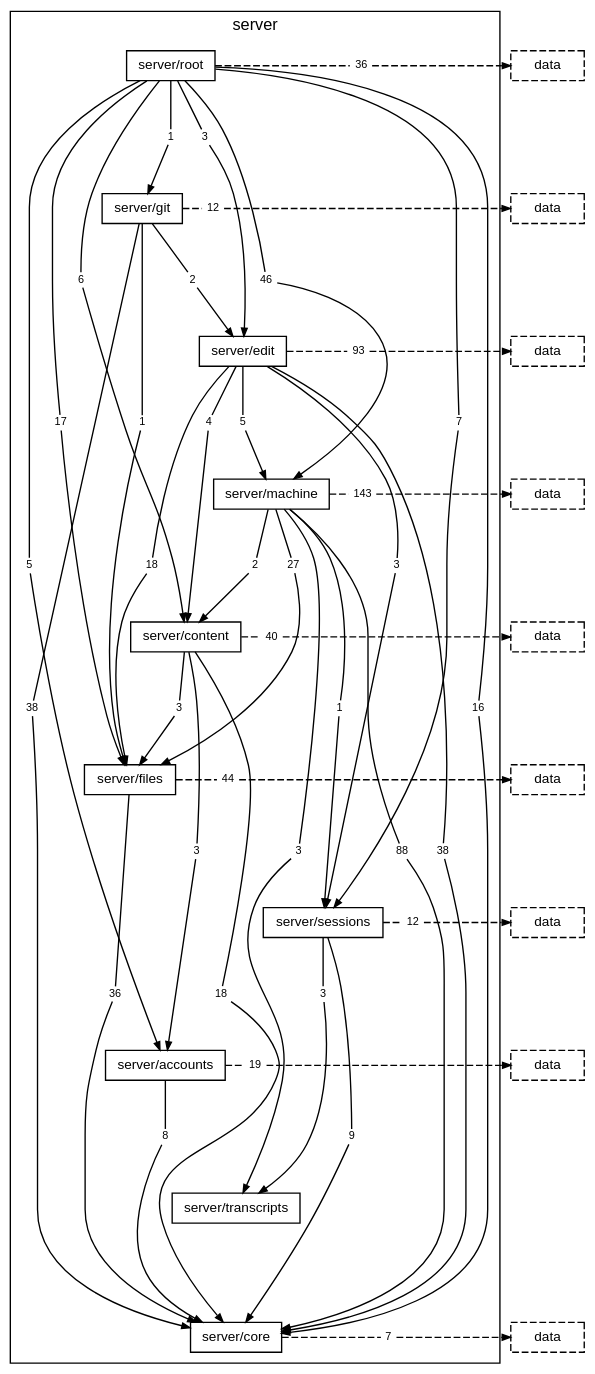
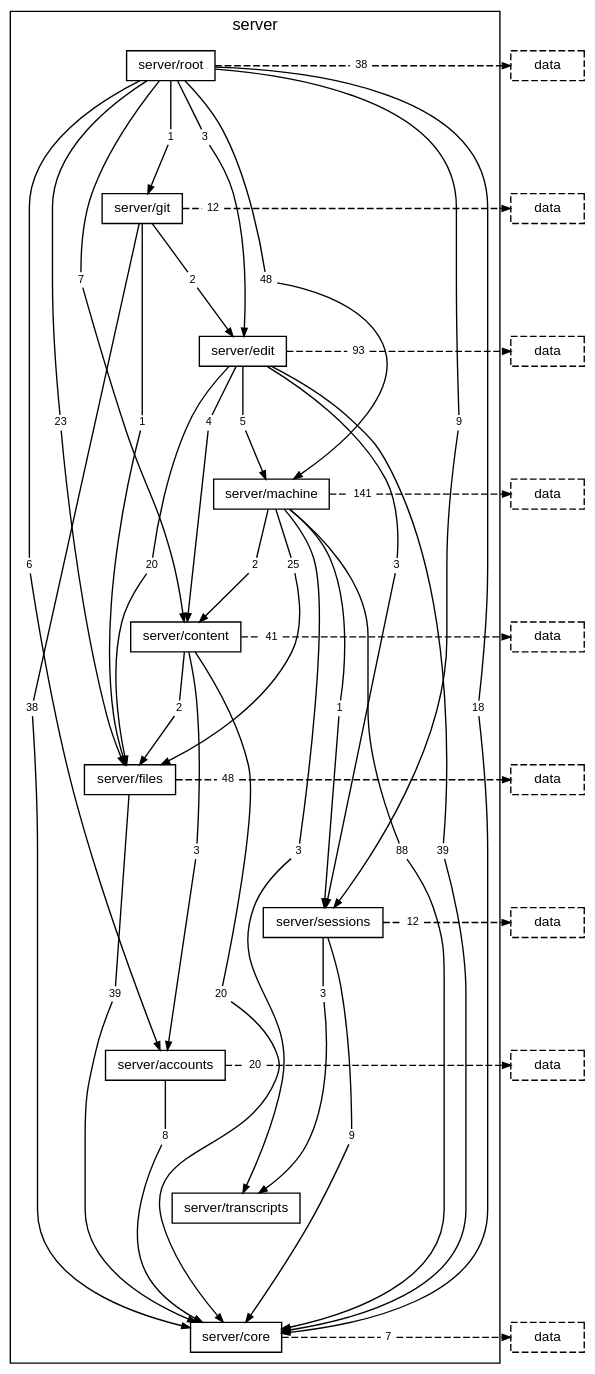
One commit to TheAxeC/oculus changed the diagram in docs/diagrams/layer-server.dot. Above: the diagram before and after it, drawn with Graphviz. The commit also changed 464 other files, not shown here.

```diff
--- a/docs/diagrams/layer-server.dot
+++ b/docs/diagrams/layer-server.dot
@@ -14,42 +14,42 @@
         "folder server/accounts" [label="server/accounts"];
         "folder server/transcripts" [label="server/transcripts"];
         "folder server/core" [label="server/core"];
-        "folder server/root to folder server/accounts" [label="5", shape=box, color="transparent", fontsize=8, width=0, height=0, margin="0.04,0.02"];
-        "folder server/root to folder server/content" [label="6", shape=box, color="transparent", fontsize=8, width=0, height=0, margin="0.04,0.02"];
-        "folder server/root to folder server/core" [label="16", shape=box, color="transparent", fontsize=8, width=0, height=0, margin="0.04,0.02"];
+        "folder server/root to folder server/accounts" [label="6", shape=box, color="transparent", fontsize=8, width=0, height=0, margin="0.04,0.02"];
+        "folder server/root to folder server/content" [label="7", shape=box, color="transparent", fontsize=8, width=0, height=0, margin="0.04,0.02"];
+        "folder server/root to folder server/core" [label="18", shape=box, color="transparent", fontsize=8, width=0, height=0, margin="0.04,0.02"];
         "folder server/root to folder server/edit" [label="3", shape=box, color="transparent", fontsize=8, width=0, height=0, margin="0.04,0.02"];
-        "folder server/root to folder server/files" [label="17", shape=box, color="transparent", fontsize=8, width=0, height=0, margin="0.04,0.02"];
+        "folder server/root to folder server/files" [label="23", shape=box, color="transparent", fontsize=8, width=0, height=0, margin="0.04,0.02"];
         "folder server/root to folder server/git" [label="1", shape=box, color="transparent", fontsize=8, width=0, height=0, margin="0.04,0.02"];
-        "folder server/root to folder server/machine" [label="46", shape=box, color="transparent", fontsize=8, width=0, height=0, margin="0.04,0.02"];
-        "folder server/root to folder server/sessions" [label="7", shape=box, color="transparent", fontsize=8, width=0, height=0, margin="0.04,0.02"];
-        "folder server/root to layer data" [label="36", shape=box, color="transparent", fontsize=8, width=0, height=0, margin="0.04,0.02"];
+        "folder server/root to folder server/machine" [label="48", shape=box, color="transparent", fontsize=8, width=0, height=0, margin="0.04,0.02"];
+        "folder server/root to folder server/sessions" [label="9", shape=box, color="transparent", fontsize=8, width=0, height=0, margin="0.04,0.02"];
+        "folder server/root to layer data" [label="38", shape=box, color="transparent", fontsize=8, width=0, height=0, margin="0.04,0.02"];
         "folder server/git to folder server/core" [label="38", shape=box, color="transparent", fontsize=8, width=0, height=0, margin="0.04,0.02"];
         "folder server/git to folder server/edit" [label="2", shape=box, color="transparent", fontsize=8, width=0, height=0, margin="0.04,0.02"];
         "folder server/git to folder server/files" [label="1", shape=box, color="transparent", fontsize=8, width=0, height=0, margin="0.04,0.02"];
         "folder server/git to layer data" [label="12", shape=box, color="transparent", fontsize=8, width=0, height=0, margin="0.04,0.02"];
         "folder server/edit to folder server/content" [label="4", shape=box, color="transparent", fontsize=8, width=0, height=0, margin="0.04,0.02"];
-        "folder server/edit to folder server/core" [label="38", shape=box, color="transparent", fontsize=8, width=0, height=0, margin="0.04,0.02"];
-        "folder server/edit to folder server/files" [label="18", shape=box, color="transparent", fontsize=8, width=0, height=0, margin="0.04,0.02"];
+        "folder server/edit to folder server/core" [label="39", shape=box, color="transparent", fontsize=8, width=0, height=0, margin="0.04,0.02"];
+        "folder server/edit to folder server/files" [label="20", shape=box, color="transparent", fontsize=8, width=0, height=0, margin="0.04,0.02"];
         "folder server/edit to folder server/machine" [label="5", shape=box, color="transparent", fontsize=8, width=0, height=0, margin="0.04,0.02"];
         "folder server/edit to folder server/sessions" [label="3", shape=box, color="transparent", fontsize=8, width=0, height=0, margin="0.04,0.02"];
         "folder server/edit to layer data" [label="93", shape=box, color="transparent", fontsize=8, width=0, height=0, margin="0.04,0.02"];
         "folder server/machine to folder server/content" [label="2", shape=box, color="transparent", fontsize=8, width=0, height=0, margin="0.04,0.02"];
         "folder server/machine to folder server/core" [label="88", shape=box, color="transparent", fontsize=8, width=0, height=0, margin="0.04,0.02"];
-        "folder server/machine to folder server/files" [label="27", shape=box, color="transparent", fontsize=8, width=0, height=0, margin="0.04,0.02"];
+        "folder server/machine to folder server/files" [label="25", shape=box, color="transparent", fontsize=8, width=0, height=0, margin="0.04,0.02"];
         "folder server/machine to folder server/sessions" [label="1", shape=box, color="transparent", fontsize=8, width=0, height=0, margin="0.04,0.02"];
         "folder server/machine to folder server/transcripts" [label="3", shape=box, color="transparent", fontsize=8, width=0, height=0, margin="0.04,0.02"];
-        "folder server/machine to layer data" [label="143", shape=box, color="transparent", fontsize=8, width=0, height=0, margin="0.04,0.02"];
+        "folder server/machine to layer data" [label="141", shape=box, color="transparent", fontsize=8, width=0, height=0, margin="0.04,0.02"];
         "folder server/content to folder server/accounts" [label="3", shape=box, color="transparent", fontsize=8, width=0, height=0, margin="0.04,0.02"];
-        "folder server/content to folder server/core" [label="18", shape=box, color="transparent", fontsize=8, width=0, height=0, margin="0.04,0.02"];
-        "folder server/content to folder server/files" [label="3", shape=box, color="transparent", fontsize=8, width=0, height=0, margin="0.04,0.02"];
-        "folder server/content to layer data" [label="40", shape=box, color="transparent", fontsize=8, width=0, height=0, margin="0.04,0.02"];
-        "folder server/files to folder server/core" [label="36", shape=box, color="transparent", fontsize=8, width=0, height=0, margin="0.04,0.02"];
-        "folder server/files to layer data" [label="44", shape=box, color="transparent", fontsize=8, width=0, height=0, margin="0.04,0.02"];
+        "folder server/content to folder server/core" [label="20", shape=box, color="transparent", fontsize=8, width=0, height=0, margin="0.04,0.02"];
+        "folder server/content to folder server/files" [label="2", shape=box, color="transparent", fontsize=8, width=0, height=0, margin="0.04,0.02"];
+        "folder server/content to layer data" [label="41", shape=box, color="transparent", fontsize=8, width=0, height=0, margin="0.04,0.02"];
+        "folder server/files to folder server/core" [label="39", shape=box, color="transparent", fontsize=8, width=0, height=0, margin="0.04,0.02"];
+        "folder server/files to layer data" [label="48", shape=box, color="transparent", fontsize=8, width=0, height=0, margin="0.04,0.02"];
         "folder server/sessions to folder server/core" [label="9", shape=box, color="transparent", fontsize=8, width=0, height=0, margin="0.04,0.02"];
         "folder server/sessions to folder server/transcripts" [label="3", shape=box, color="transparent", fontsize=8, width=0, height=0, margin="0.04,0.02"];
         "folder server/sessions to layer data" [label="12", shape=box, color="transparent", fontsize=8, width=0, height=0, margin="0.04,0.02"];
         "folder server/accounts to folder server/core" [label="8", shape=box, color="transparent", fontsize=8, width=0, height=0, margin="0.04,0.02"];
-        "folder server/accounts to layer data" [label="19", shape=box, color="transparent", fontsize=8, width=0, height=0, margin="0.04,0.02"];
+        "folder server/accounts to layer data" [label="20", shape=box, color="transparent", fontsize=8, width=0, height=0, margin="0.04,0.02"];
         "folder server/core to layer data" [label="7", shape=box, color="transparent", fontsize=8, width=0, height=0, margin="0.04,0.02"];
     }
     "layer data from folder server/root" [label="data", style=dashed];
```
